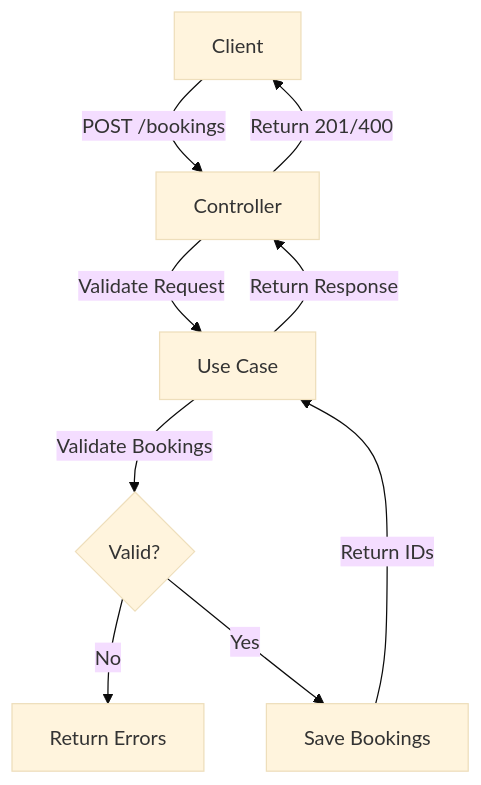
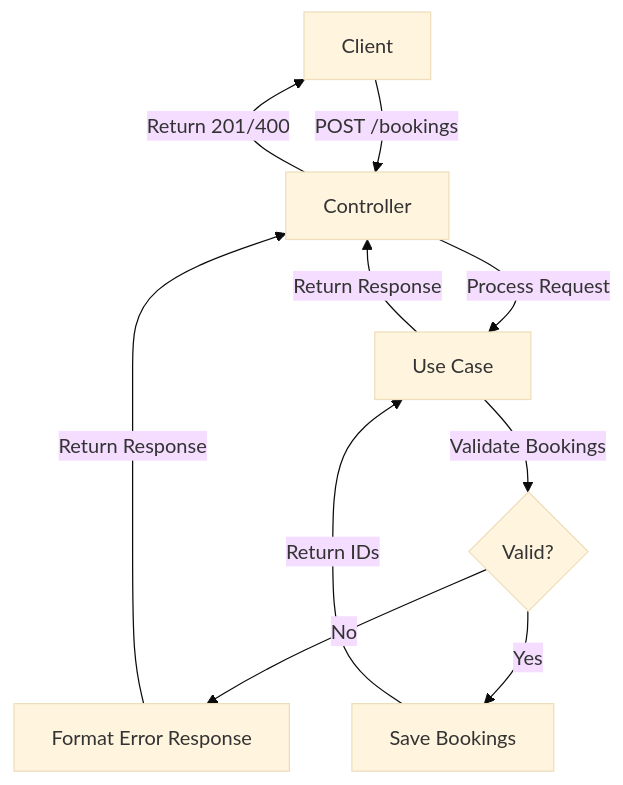
Before and after one commit to laurazapa/thn: the third of 3 diagrams in README.md, drawn with Mermaid (base theme).

Commit message:
improve readme

````diff
--- a/README.md
+++ b/README.md
@@ -131,11 +131,12 @@
 ```mermaid
 flowchart TD
     A[Client] -->|POST /bookings| B[Controller]
-    B -->|Validate Request| C[Use Case]
+    B -->|Process Request| C[Use Case]
     C -->|Validate Bookings| D{Valid?}
-    D -->|No| E[Return Errors]
+    D -->|No| E[Format Error Response]
     D -->|Yes| F[Save Bookings]
     F -->|Return IDs| C
+    E -->|Return Response| B
     C -->|Return Response| B
     B -->|Return 201/400| A
 ```
````
